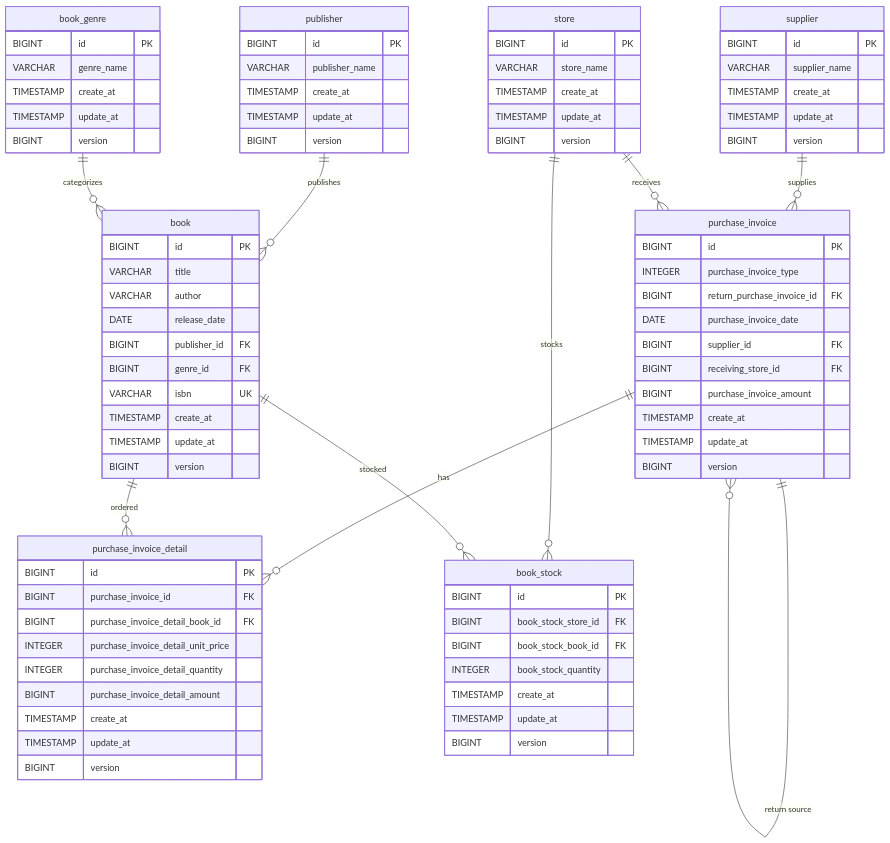
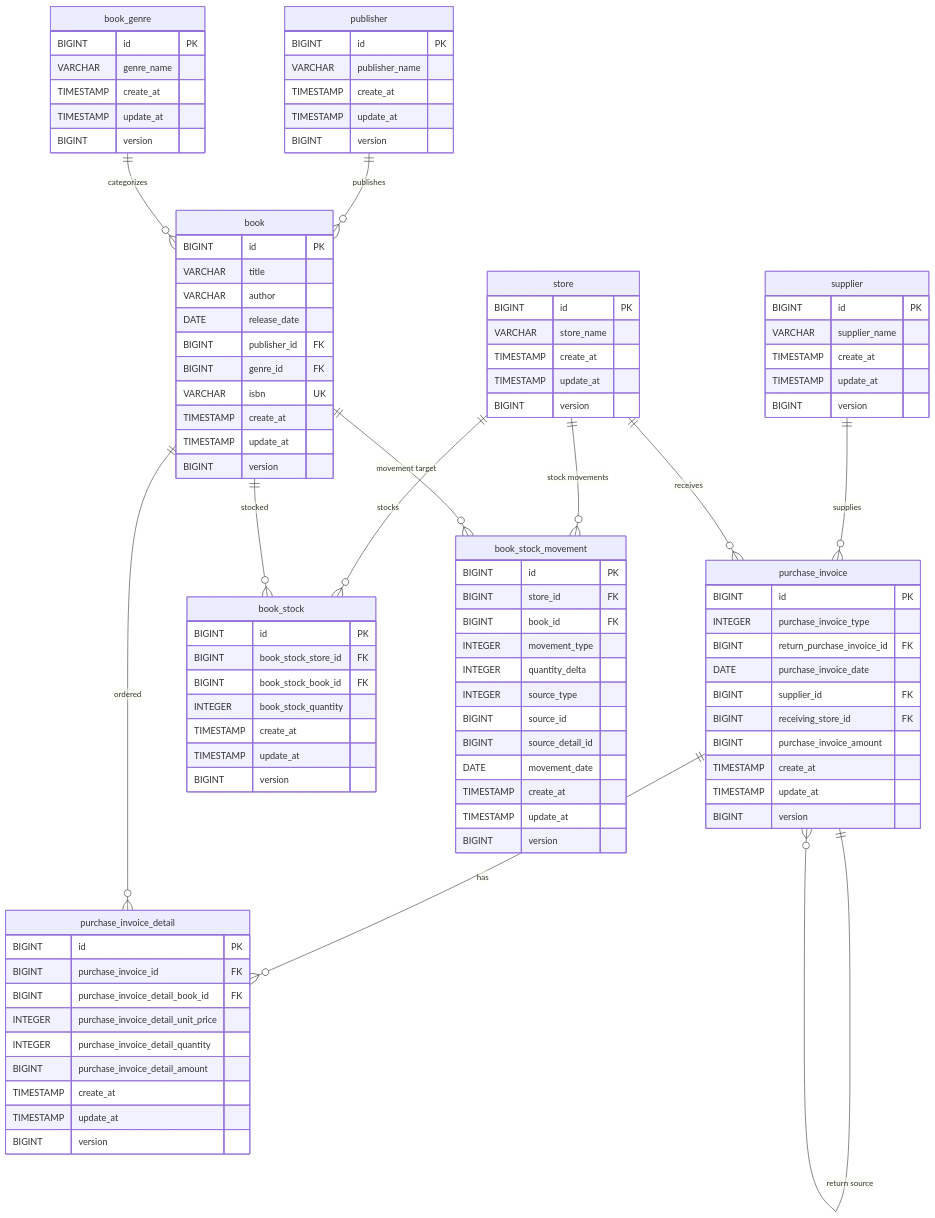
The diagram in spring_java_orm_sample/readme.md (nagaokambeyond/samples), drawn with Mermaid before and after one commit. The commit also changed 38 other files, not shown here.

````diff
--- a/spring_java_orm_sample/readme.md
+++ b/spring_java_orm_sample/readme.md
@@ -40,6 +40,8 @@
     book ||--o{ purchase_invoice_detail : "ordered"
     store ||--o{ book_stock : "stocks"
     book ||--o{ book_stock : "stocked"
+    store ||--o{ book_stock_movement : "stock movements"
+    book ||--o{ book_stock_movement : "movement target"
 
     publisher {
         BIGINT id PK
@@ -120,4 +122,19 @@
         TIMESTAMP update_at
         BIGINT version
     }
+
+    book_stock_movement {
+        BIGINT id PK
+        BIGINT store_id FK
+        BIGINT book_id FK
+        INTEGER movement_type
+        INTEGER quantity_delta
+        INTEGER source_type
+        BIGINT source_id
+        BIGINT source_detail_id
+        DATE movement_date
+        TIMESTAMP create_at
+        TIMESTAMP update_at
+        BIGINT version
+    }
 ```
````
